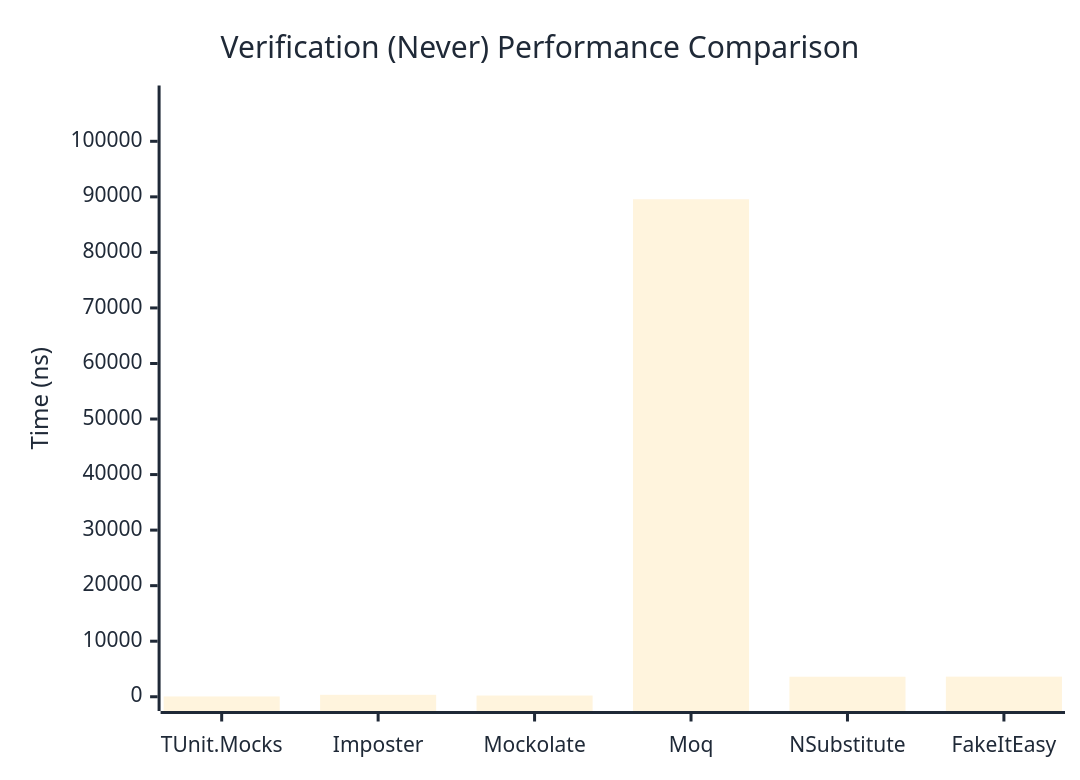
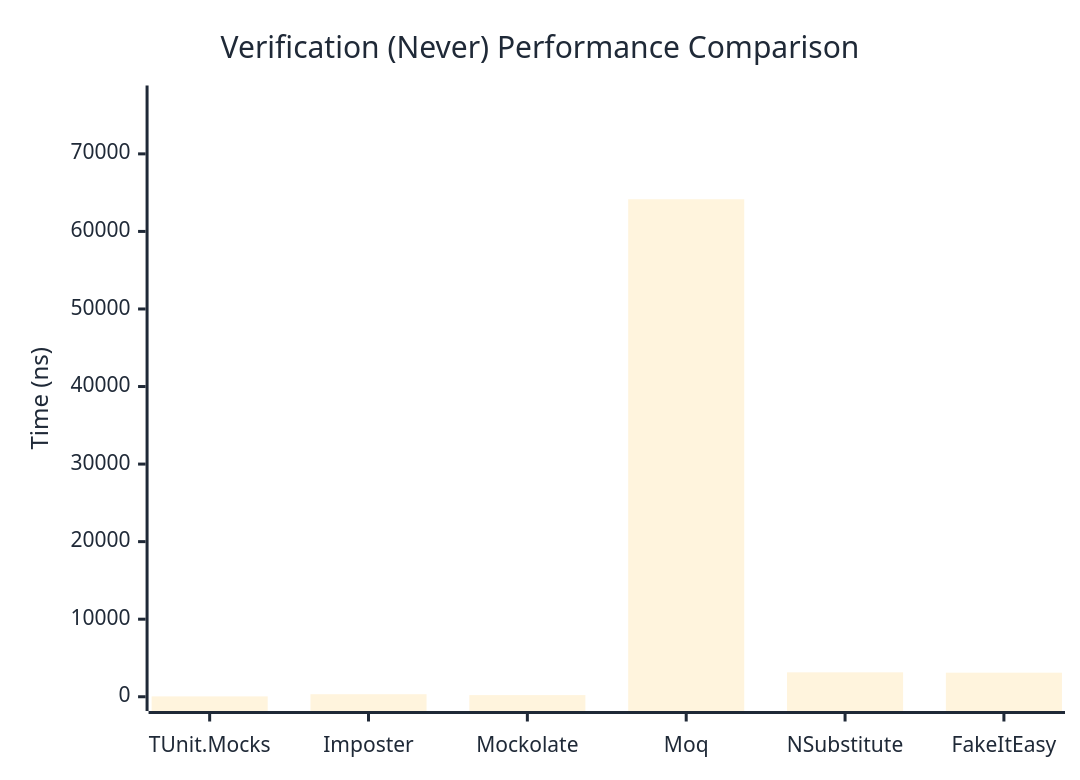
Before and after one commit to thomhurst/TUnit: the second of 3 diagrams in docs/docs/benchmarks/mocks/Verification.md, drawn with Mermaid. The commit also changed other lines of this file and 14 other files, not shown here.

````diff
--- a/docs/docs/benchmarks/mocks/Verification.md
+++ b/docs/docs/benchmarks/mocks/Verification.md
@@ -69,27 +69,27 @@
 ```mermaid
 %%{init: {
   'theme':'base',
   'themeVariables': {
     'primaryColor': '#2563eb',
     'primaryTextColor': '#1f2937',
     'primaryBorderColor': '#1e40af',
     'lineColor': '#6b7280',
     'secondaryColor': '#7c3aed',
     'tertiaryColor': '#dc2626',
     'background': '#ffffff',
     'pie1': '#2563eb',
     'pie2': '#7c3aed',
     'pie3': '#dc2626',
     'pie4': '#f59e0b',
     'pie5': '#10b981',
     'pie6': '#06b6d4',
     'pie7': '#ec4899',
     'pie8': '#6366f1'
   }
 }}%%
 xychart-beta
   title "Verification (Never) Performance Comparison"
   x-axis ["TUnit.Mocks", "Imposter", "Mockolate", "Moq", "NSubstitute", "FakeItEasy"]
-  y-axis "Time (ns)" 0 --> 107481
-  bar [52.8, 349.28, 218.69, 89567.2, 3603.54, 3619.33]
+  y-axis "Time (ns)" 0 --> 76978
+  bar [47.71, 328.11, 210.34, 64147.67, 3148.76, 3103.41]
 ```
````
